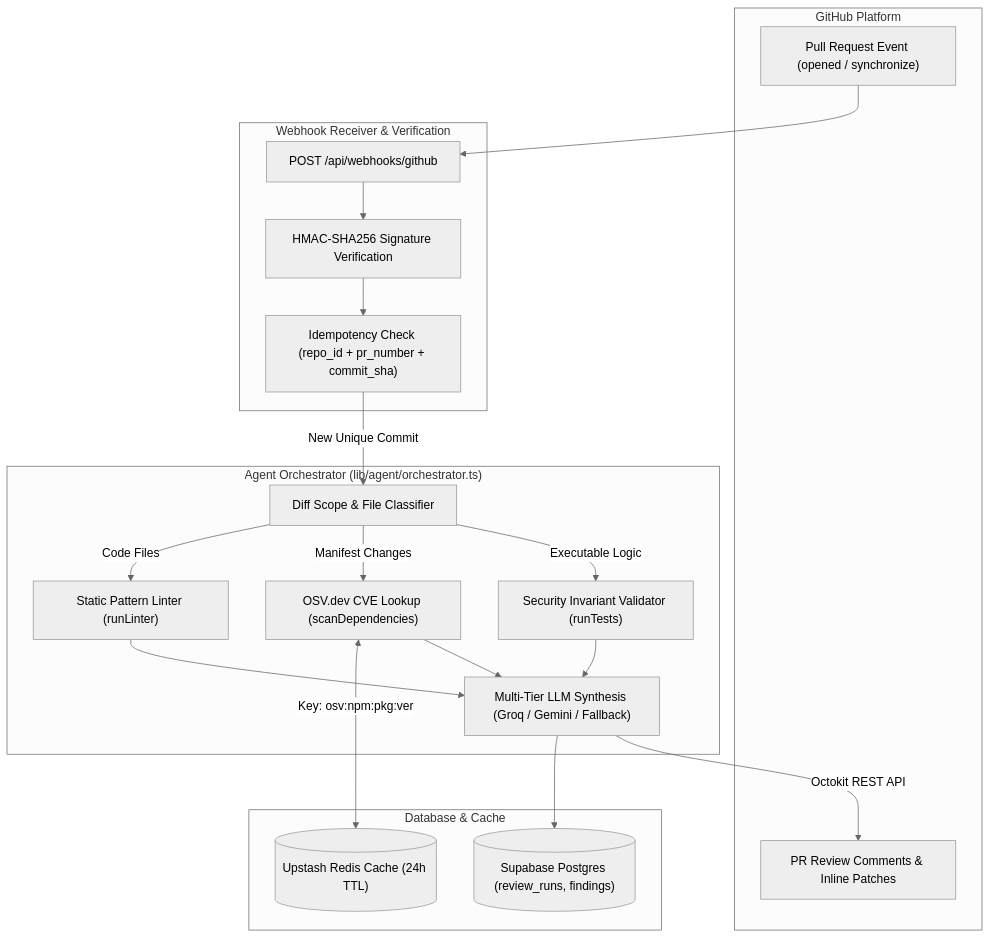
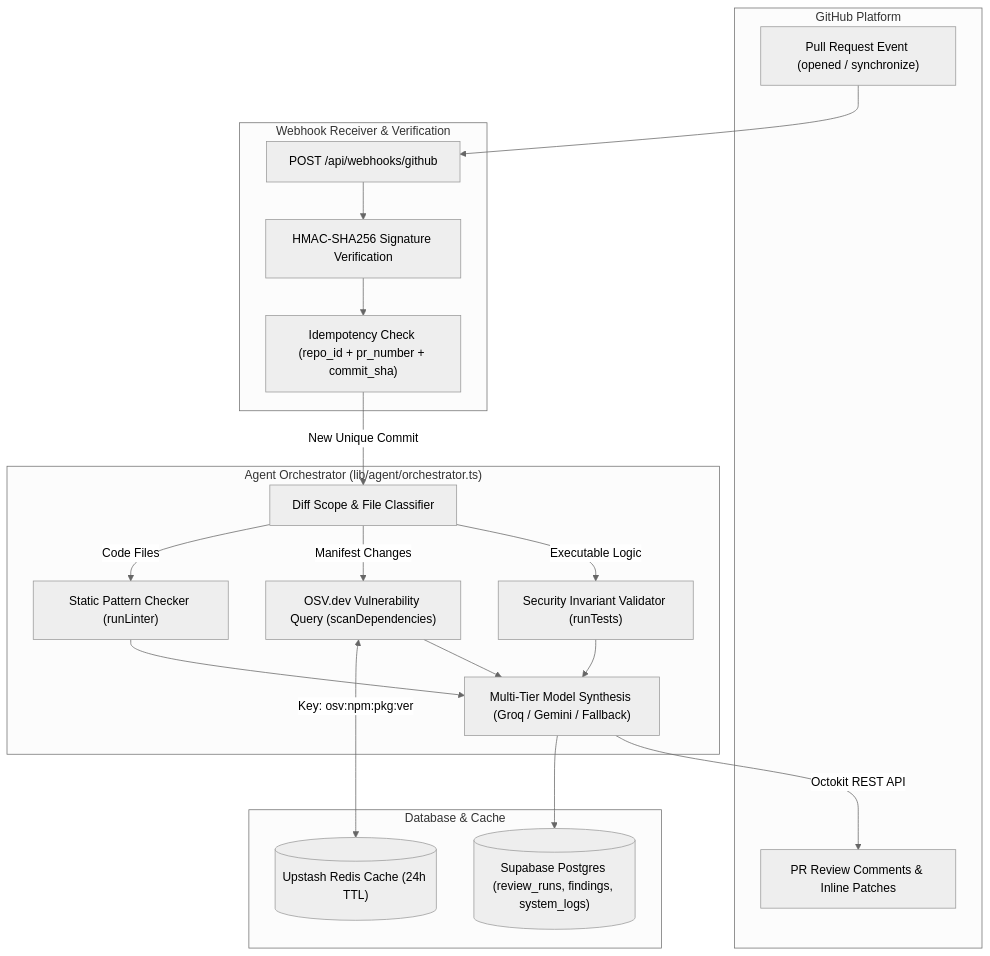
One commit to rajendrabist07/dev-guard-ai changed the first of 2 diagrams in README.md. Above: the diagram before and after it, drawn with Mermaid (neutral theme). The commit also changed other lines of this file and 7 other files, not shown here.

````diff
--- a/README.md
+++ b/README.md
@@ -18,40 +18,40 @@
 ```mermaid
 flowchart TD
     subgraph GitHub ["GitHub Platform"]
         PR["Pull Request Event (opened / synchronize)"]
         Review["PR Review Comments & Inline Patches"]
     end
 
     subgraph Ingestion ["Webhook Receiver & Verification"]
         WH["POST /api/webhooks/github"]
         Auth["HMAC-SHA256 Signature Verification"]
         Dedupe["Idempotency Check (repo_id + pr_number + commit_sha)"]
     end
 
     subgraph Orchestration ["Agent Orchestrator (lib/agent/orchestrator.ts)"]
         DiffFilter["Diff Scope & File Classifier"]
-        Linter["Static Pattern Linter (runLinter)"]
-        Deps["OSV.dev CVE Lookup (scanDependencies)"]
+        Linter["Static Pattern Checker (runLinter)"]
+        Deps["OSV.dev Vulnerability Query (scanDependencies)"]
         Tests["Security Invariant Validator (runTests)"]
-        Synthesis["Multi-Tier LLM Synthesis (Groq / Gemini / Fallback)"]
+        Synthesis["Multi-Tier Model Synthesis (Groq / Gemini / Fallback)"]
     end
 
     subgraph Storage ["Database & Cache"]
         Redis[("Upstash Redis Cache (24h TTL)")]
-        DB[("Supabase Postgres (review_runs, findings)")]
+        DB[("Supabase Postgres (review_runs, findings, system_logs)")]
     end
 
     PR --> WH
     WH --> Auth
     Auth --> Dedupe
     Dedupe -->|New Unique Commit| DiffFilter
     DiffFilter -->|Code Files| Linter
     DiffFilter -->|Manifest Changes| Deps
     DiffFilter -->|Executable Logic| Tests
     Deps <-->|Key: osv:npm:pkg:ver| Redis
     Linter --> Synthesis
     Deps --> Synthesis
     Tests --> Synthesis
     Synthesis --> DB
     Synthesis -->|Octokit REST API| Review
 ```
````
